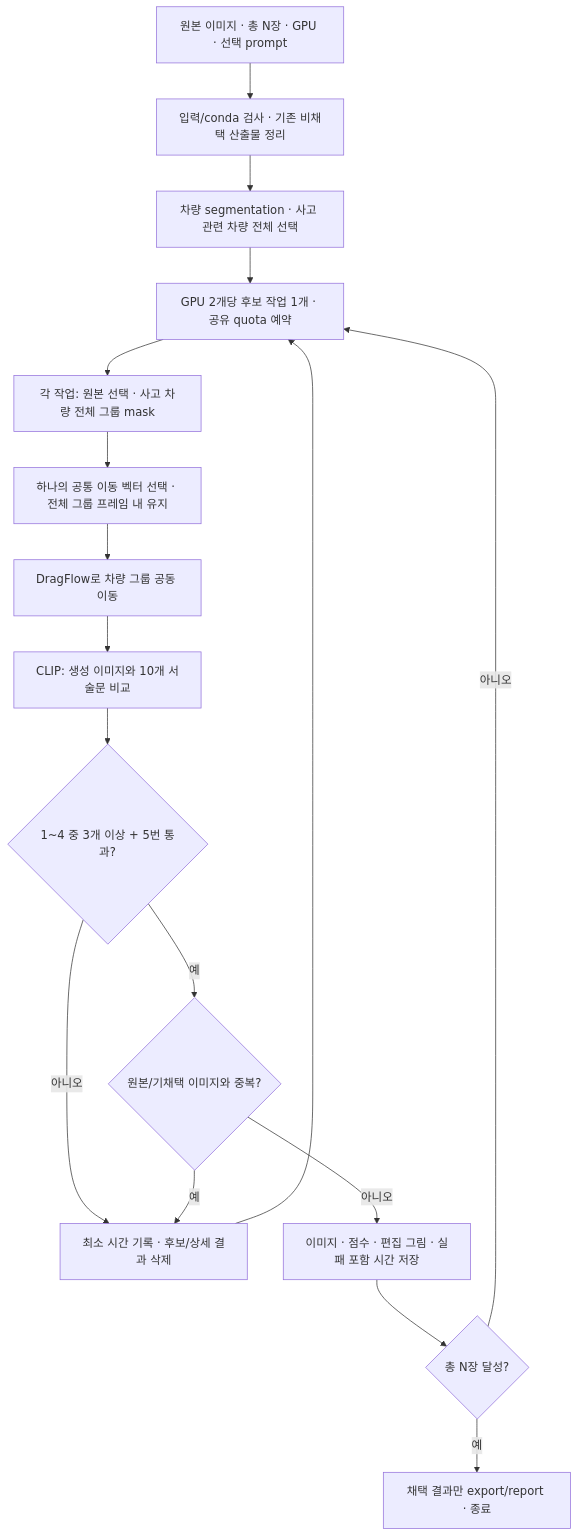
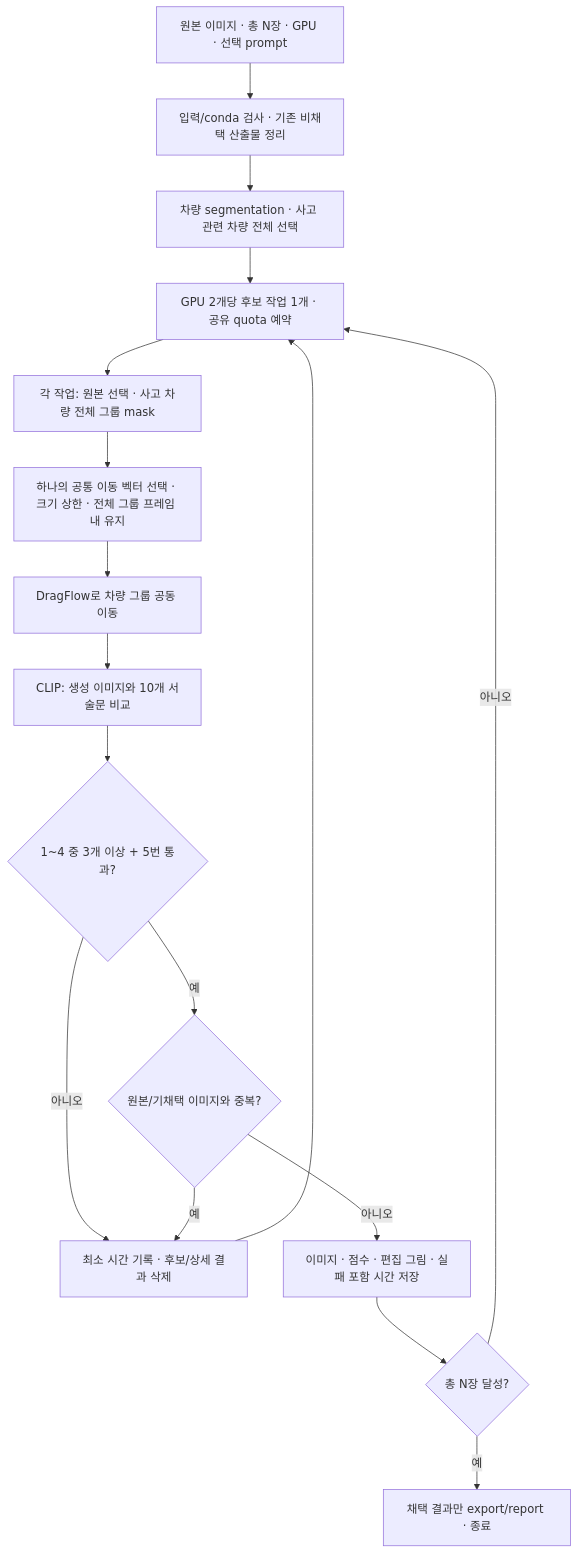
Before and after one commit to sangpil0104/ADV: the diagram in SPEC.md, drawn with Mermaid. The commit also changed other lines of this file and 16 other files, not shown here.

````diff
--- a/SPEC.md
+++ b/SPEC.md
@@ -33,19 +33,19 @@
 ```mermaid
 flowchart TD
     A[원본 이미지 · 총 N장 · GPU · 선택 prompt] --> B[입력/conda 검사 · 기존 비채택 산출물 정리]
     B --> C[차량 segmentation · 사고 관련 차량 전체 선택]
     C --> P[GPU 2개당 후보 작업 1개 · 공유 quota 예약]
     P --> D[각 작업: 원본 선택 · 사고 차량 전체 그룹 mask]
-    D --> E[하나의 공통 이동 벡터 선택 · 전체 그룹 프레임 내 유지]
+    D --> E[하나의 공통 이동 벡터 선택 · 크기 상한 · 전체 그룹 프레임 내 유지]
     E --> F[DragFlow로 차량 그룹 공동 이동]
     F --> G[CLIP: 생성 이미지와 10개 서술문 비교]
     G --> H{1~4 중 3개 이상 + 5번 통과?}
     H -- 아니오 --> I[최소 시간 기록 · 후보/상세 결과 삭제]
     H -- 예 --> J{원본/기채택 이미지와 중복?}
     J -- 예 --> I
     J -- 아니오 --> K[이미지 · 점수 · 편집 그림 · 실패 포함 시간 저장]
     K --> L{총 N장 달성?}
     L -- 아니오 --> P
     I --> P
     L -- 예 --> M[채택 결과만 export/report · 종료]
 ```
````
